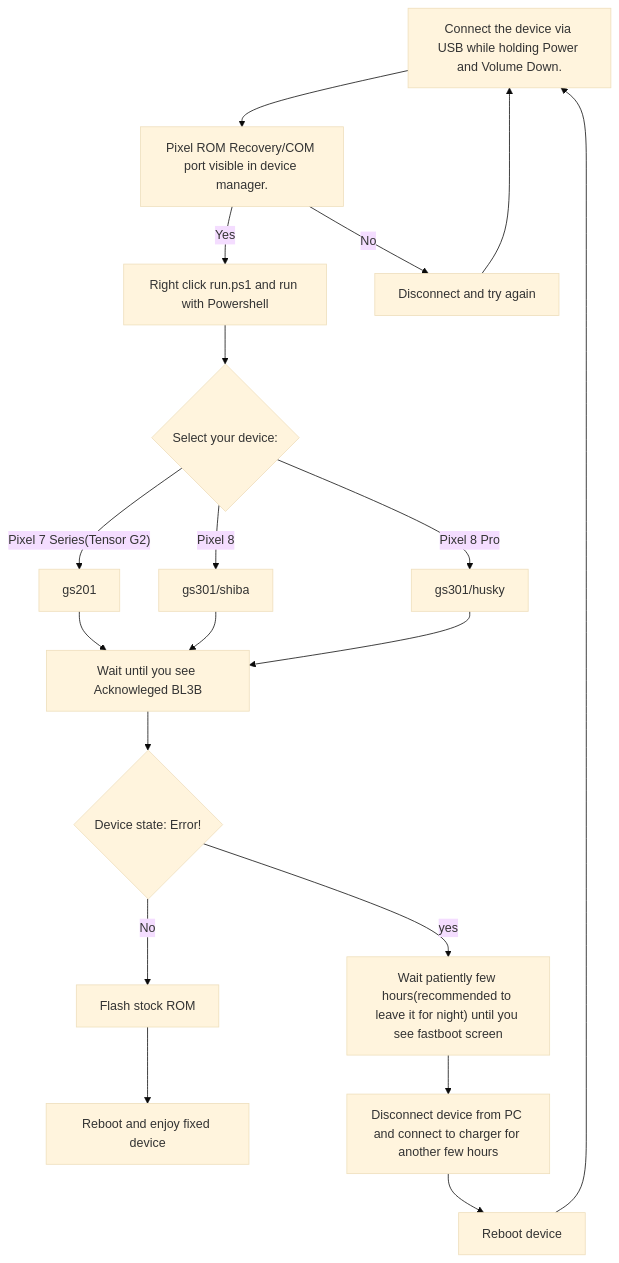
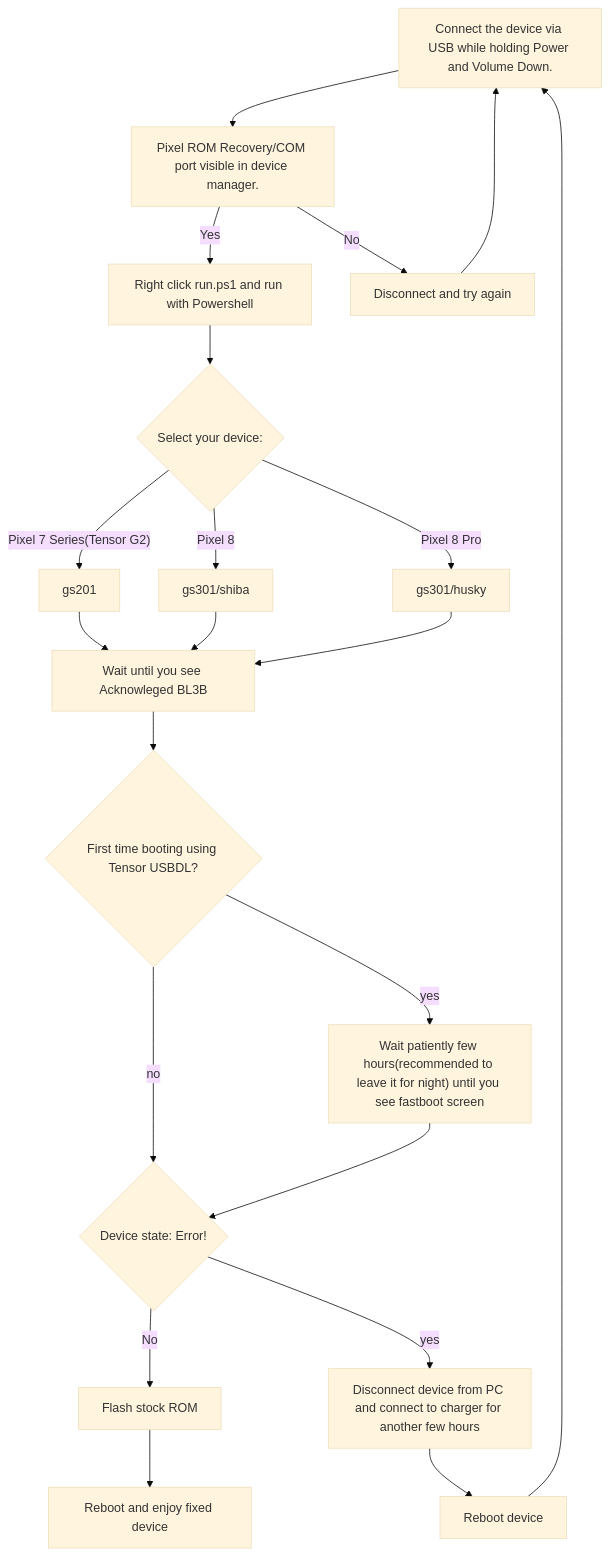
The diagram in index.md (proxer05/usbdl-wiki), drawn with Mermaid (base theme) before and after one commit.

```diff
--- a/index.md
+++ b/index.md
@@ -17,22 +17,25 @@
 ~~~mermaid
 flowchart TD
     A[Connect the device via USB while holding Power and Volume Down.] --> B["Pixel ROM Recovery/COM port visible in device manager."]
     B -->|Yes| C[Right click run.ps1 and run with Powershell]
     B -->|No| D[Disconnect and try again]
     D --> A
     C --> E{"Select your device:"}
     E -->|"Pixel 7 Series(Tensor G2)"| F[gs201]
     E -->|Pixel 8| G[gs301/shiba]
     E -->|Pixel 8 Pro| H[gs301/husky]
     F --> I[Wait until you see Acknowleged BL3B]
     G --> I 
     H --> I
-    I --> M
-    M{Device state: Error!} -->|yes| J["Wait patiently few hours(recommended to leave it for night) until you see fastboot screen"]
+    I --> W
+    W{First time booting using Tensor USBDL?}-->|yes| J
+    W -->|no| M
+    J["Wait patiently few hours(recommended to leave it for night) until you see fastboot screen"]
+    J --> M{Device state: Error!}
+    N --> P[Reboot and enjoy fixed device]
     M -->|No| N[Flash stock ROM]
-    N --> P[Reboot and enjoy fixed device]
-    J --> K[Disconnect device from PC and connect to charger for another few hours]
+    M -->|yes| K[Disconnect device from PC and connect to charger for another few hours]
+    L --> A
     K --> L[Reboot device]
-    L --> A
 
 ~~~
```
